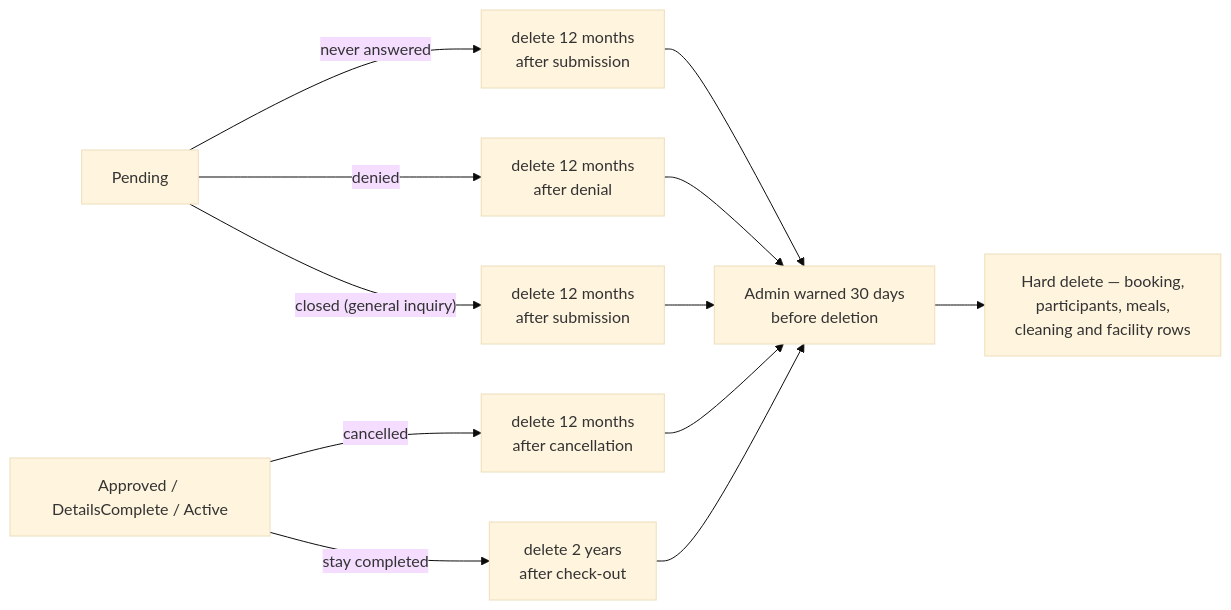
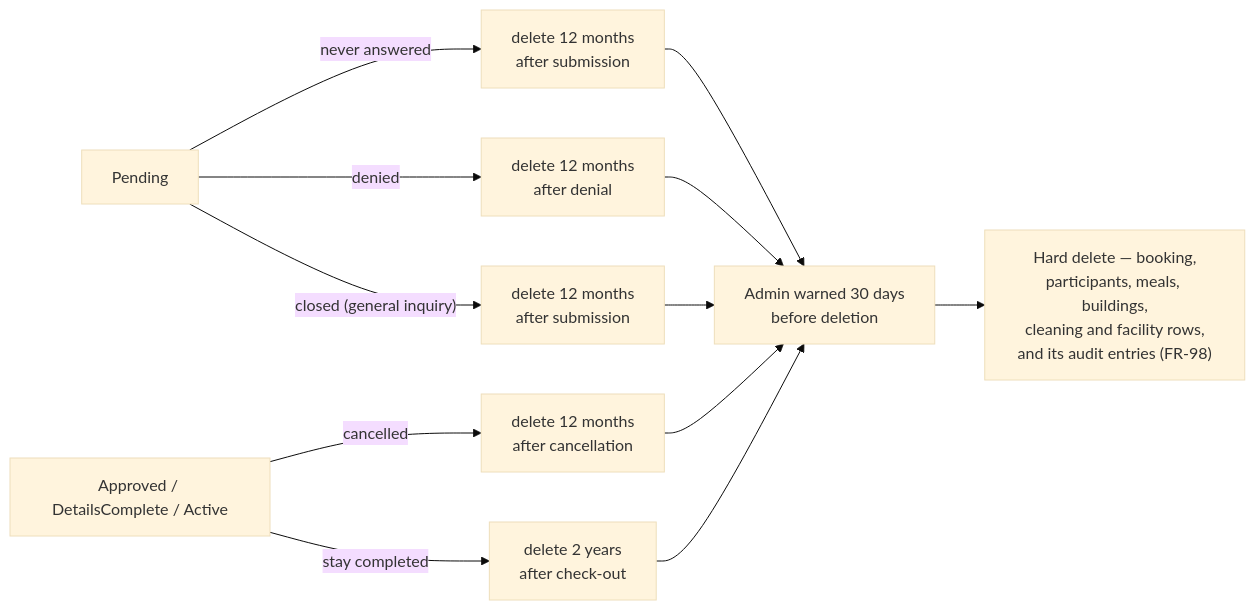
Before and after one commit to eliya-amanoeel/akerogarden: the fourth of 4 diagrams in docs/product/booking-lifecycle-timeline.md, drawn with Mermaid (base theme). The commit also changed other lines of this file and 4 other files, not shown here.

````diff
--- a/docs/product/booking-lifecycle-timeline.md
+++ b/docs/product/booking-lifecycle-timeline.md
@@ -217,15 +218,15 @@
 ```mermaid
 flowchart LR
     P["Pending"] -->|"never answered"| R1["delete 12 months<br/>after submission"]
     P -->|"denied"| R2["delete 12 months<br/>after denial"]
     P -->|"closed (general inquiry)"| R3["delete 12 months<br/>after submission"]
     A["Approved / DetailsComplete / Active"] -->|"cancelled"| R4["delete 12 months<br/>after cancellation"]
     A -->|"stay completed"| R5["delete 2 years<br/>after check-out"]
 
     R1 --> W["Admin warned 30 days<br/>before deletion"]
     R2 --> W
     R3 --> W
     R4 --> W
     R5 --> W
-    W --> D["Hard delete — booking,<br/>participants, meals,<br/>cleaning and facility rows"]
+    W --> D["Hard delete — booking,<br/>participants, meals, buildings,<br/>cleaning and facility rows,<br/>and its audit entries (FR-98)"]
 ```
````
